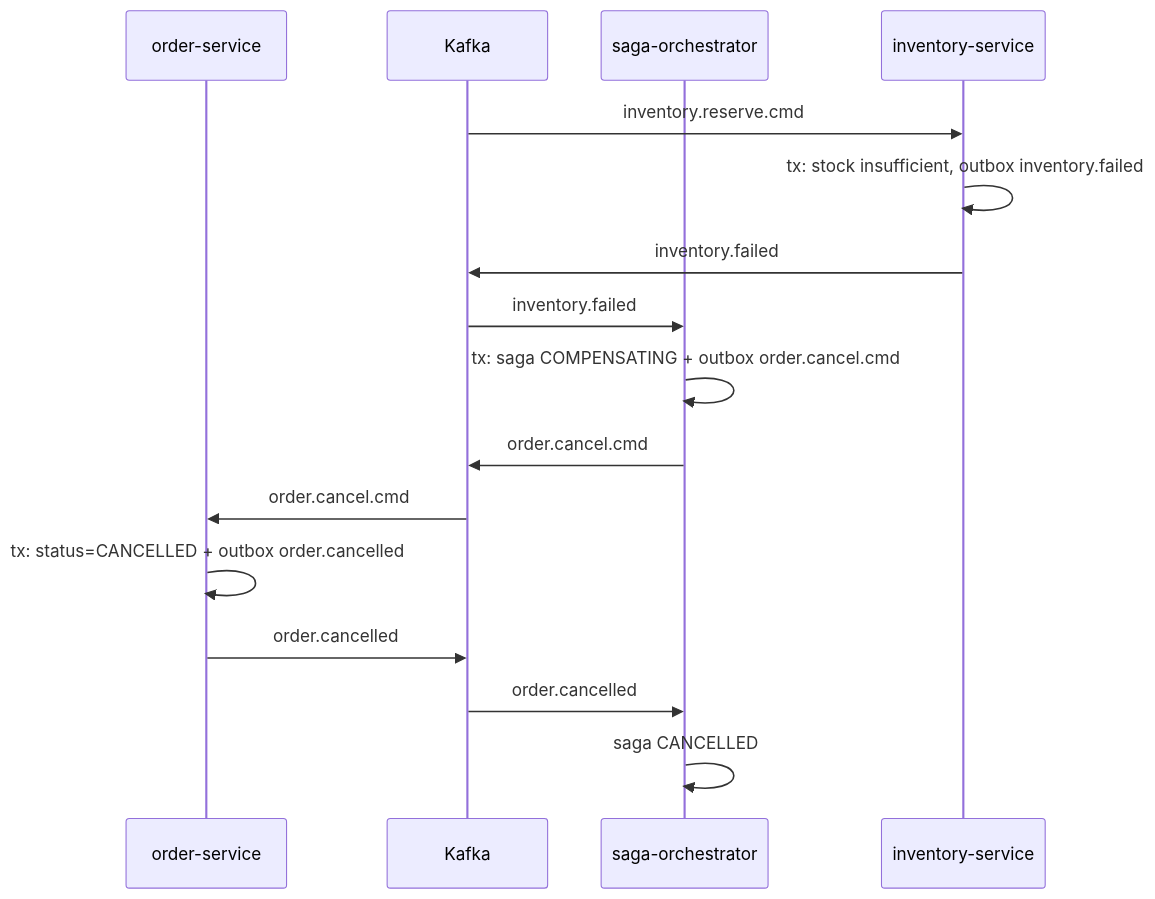
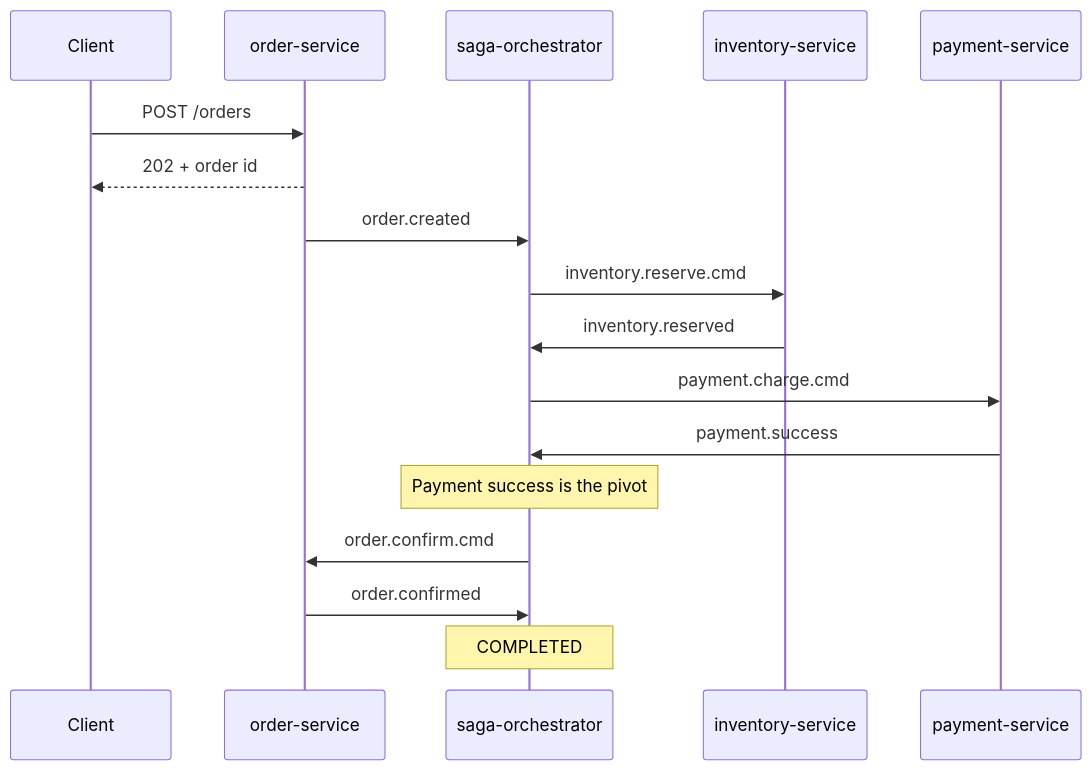
The second of 3 diagrams in design.md (dbalmoor/distributed-order-system), drawn with Mermaid before and after one commit. The commit also changed other lines of this file and 18 other files, not shown here.

````diff
--- a/design.md
+++ b/design.md
@@ -194,18 +61,19 @@
 ```mermaid
 sequenceDiagram
-    participant O as order-service
-    participant K as Kafka
-    participant S as saga-orchestrator
-    participant I as inventory-service
-    K->>I: inventory.reserve.cmd
-    I->>I: tx: stock insufficient, outbox inventory.failed
-    I->>K: inventory.failed
-    K->>S: inventory.failed
-    S->>S: tx: saga COMPENSATING + outbox order.cancel.cmd
-    S->>K: order.cancel.cmd
-    K->>O: order.cancel.cmd
-    O->>O: tx: status=CANCELLED + outbox order.cancelled
-    O->>K: order.cancelled
-    K->>S: order.cancelled
-    S->>S: saga CANCELLED
+    participant Client
+    participant Order as order-service
+    participant Saga as saga-orchestrator
+    participant Inventory as inventory-service
+    participant Payment as payment-service
+    Client->>Order: POST /orders
+    Order-->>Client: 202 + order id
+    Order->>Saga: order.created
+    Saga->>Inventory: inventory.reserve.cmd
+    Inventory->>Saga: inventory.reserved
+    Saga->>Payment: payment.charge.cmd
+    Payment->>Saga: payment.success
+    Note over Saga: Payment success is the pivot
+    Saga->>Order: order.confirm.cmd
+    Order->>Saga: order.confirmed
+    Note over Saga: COMPLETED
 ```
````
